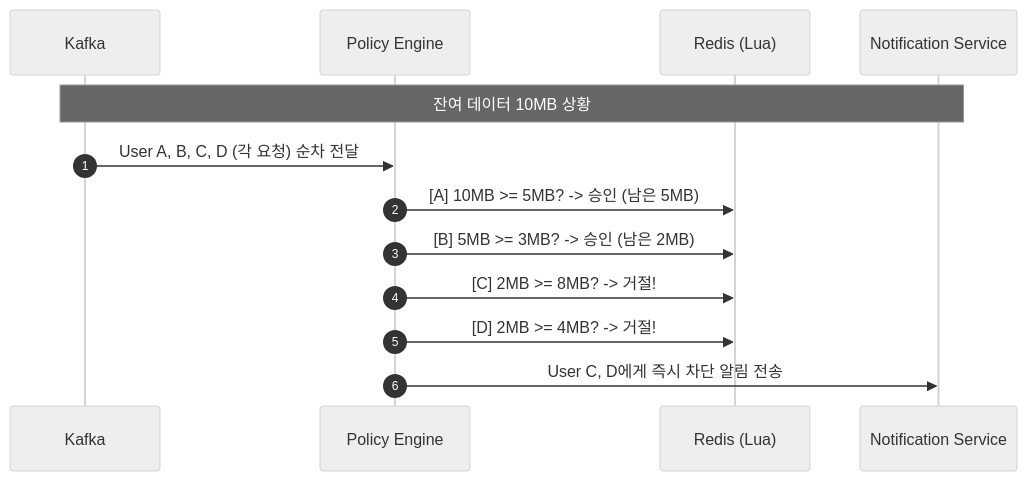
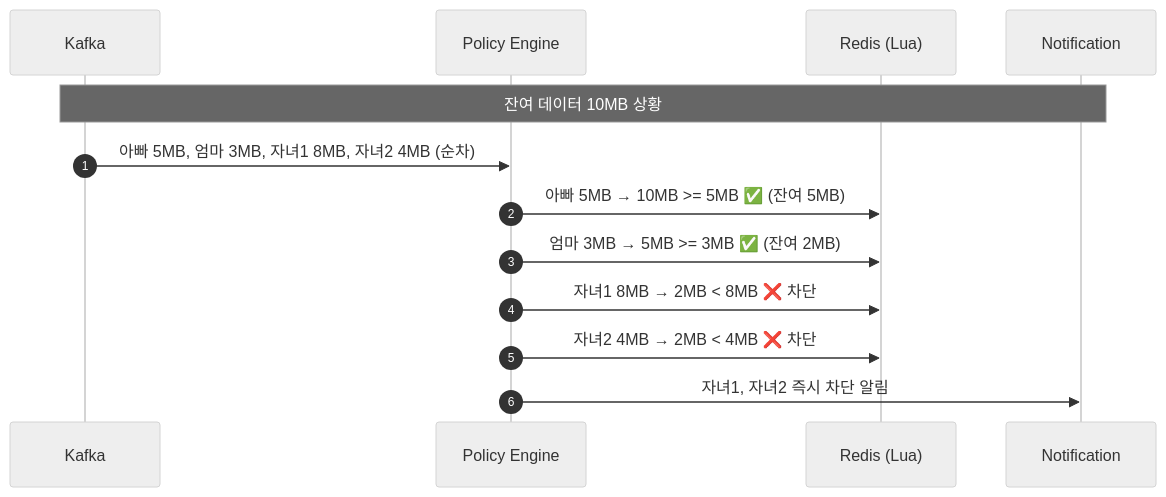
One commit to da-bom/.github changed the second of 2 diagrams in profile/README.md. Above: the diagram before and after it, drawn with Mermaid (neutral theme). The commit also changed other lines of this file and 8 other files, not shown here.

````diff
--- a/profile/README.md
+++ b/profile/README.md
@@ -148,18 +205,18 @@
 ```mermaid
 sequenceDiagram
     autonumber
     participant K as Kafka
     participant PE as Policy Engine
     participant R as Redis (Lua)
-    participant NS as Notification Service
+    participant NS as Notification
 
     Note over K, NS: 잔여 데이터 10MB 상황
-    K->>PE: User A, B, C, D (각 요청) 순차 전달
+    K->>PE: 아빠 5MB, 엄마 3MB, 자녀1 8MB, 자녀2 4MB (순차)
 
-    PE->>R: [A] 10MB >= 5MB? -> 승인 (남은 5MB)
-    PE->>R: [B] 5MB >= 3MB? -> 승인 (남은 2MB)
-    PE->>R: [C] 2MB >= 8MB? -> 거절!
-    PE->>R: [D] 2MB >= 4MB? -> 거절!
+    PE->>R: 아빠 5MB → 10MB >= 5MB ✅ (잔여 5MB)
+    PE->>R: 엄마 3MB → 5MB >= 3MB ✅ (잔여 2MB)
+    PE->>R: 자녀1 8MB → 2MB < 8MB ❌ 차단
+    PE->>R: 자녀2 4MB → 2MB < 4MB ❌ 차단
 
-    PE->>NS: User C, D에게 즉시 차단 알림 전송
+    PE->>NS: 자녀1, 자녀2 즉시 차단 알림
 ```
````
